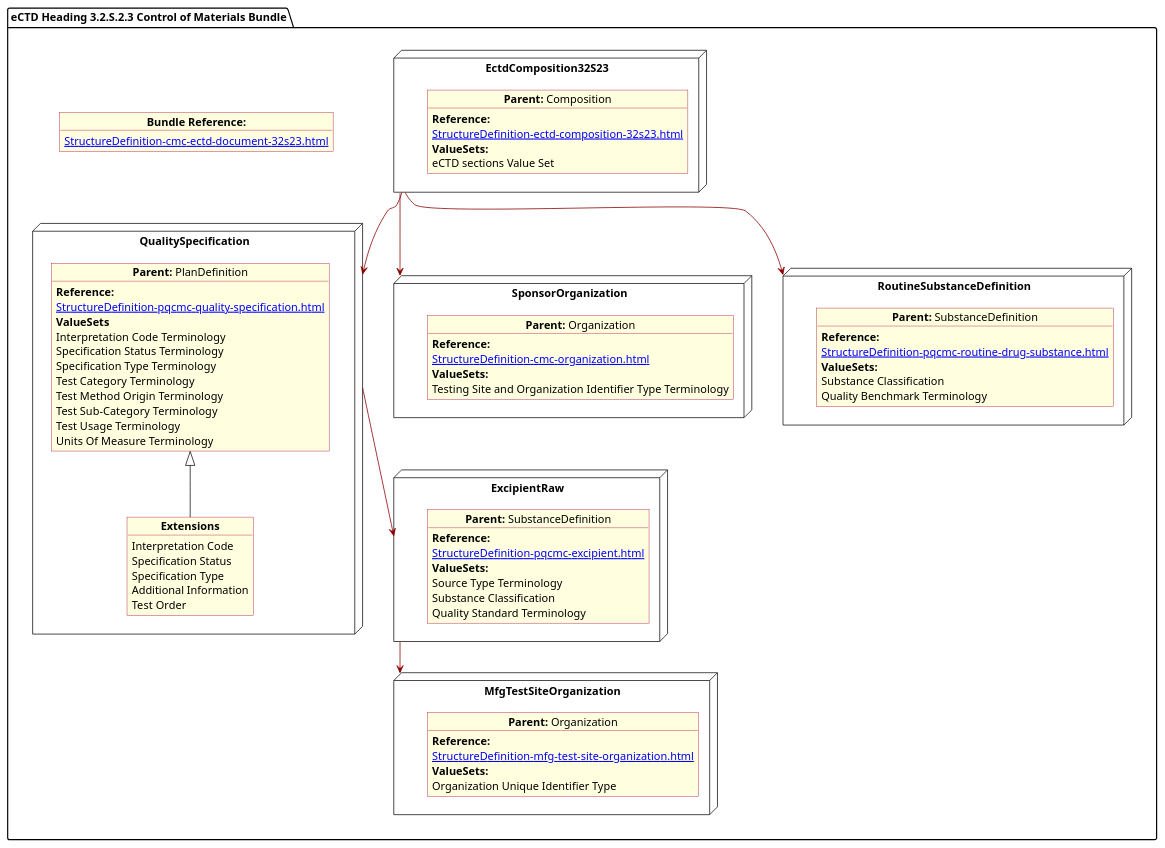
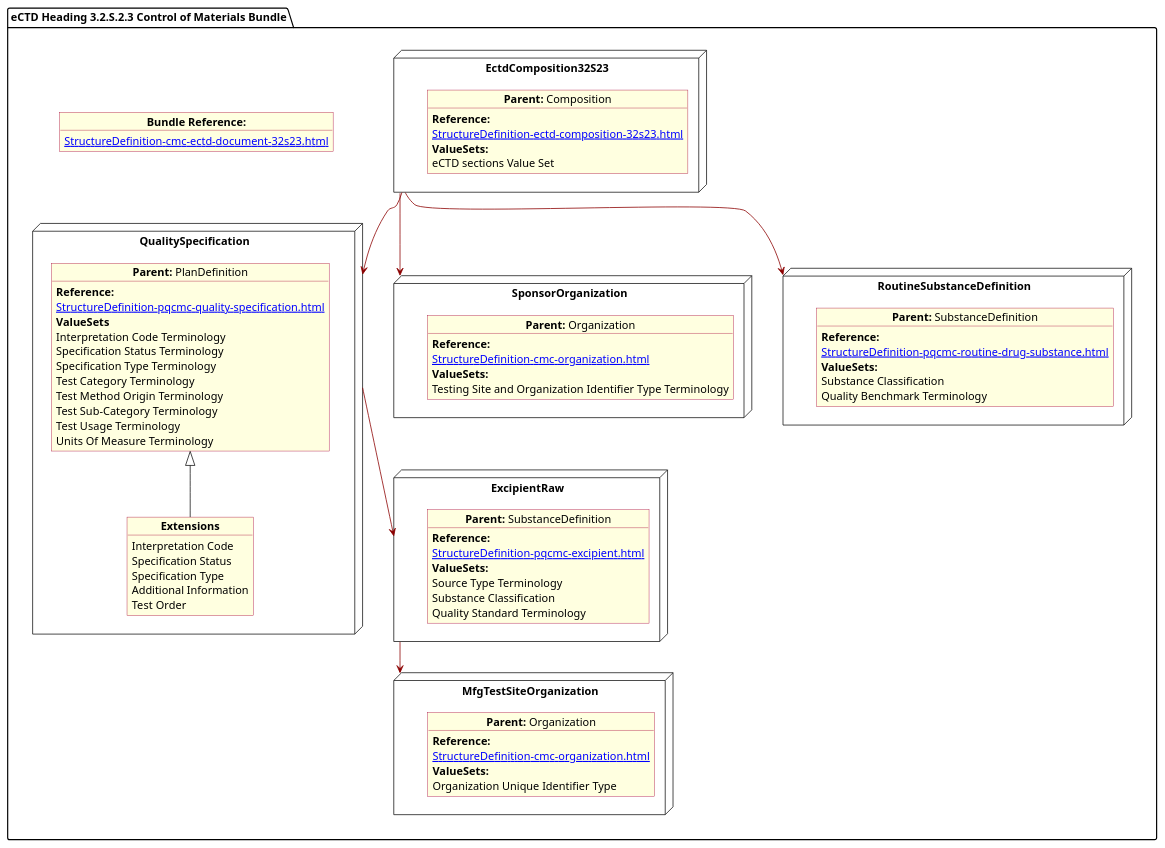
One commit to HL7/FHIR-us-pq-cmc-fda changed the diagram in input/images-source/SubstanceControlMat.plantuml. Above: the diagram before and after it, drawn with PlantUML. The commit also changed 17 other files, not shown here.

```diff
--- a/input/images-source/SubstanceControlMat.plantuml
+++ b/input/images-source/SubstanceControlMat.plantuml
@@ -1,97 +1,97 @@
 @startuml SubstanceControlMat
 allowmixing
 'Mixed model of use case and object
 skinparam svgDimensionStyle false
 skinparam ObjectBackgroundColor LightYellow
 skinparam ObjectBorderColor #A80036
 skinparam activityDiamondBorderColor #A80036
 skinparam activityDiamondBackgroundColor lawnGreen
 skinparam ClassBorderThickness 4
 
 package "eCTD Heading 3.2.S.2.3 Control of Materials Bundle" as NODES {
     object "**Bundle Reference:**" as objbun {
         [[StructureDefinition-cmc-ectd-document-32s23.html]]
     }
 
     node "QualitySpecification" as N2 {
 
         object "**Parent:** PlanDefinition" as obj2 {
             **Reference:**
             [[StructureDefinition-pqcmc-quality-specification.html]]
             **ValueSets**
             Interpretation Code Terminology
             Specification Status Terminology
             Specification Type Terminology
             Test Category Terminology
             Test Method Origin Terminology
             Test Sub-Category Terminology
             Test Usage Terminology
             Units Of Measure Terminology
         }
         object "**Extensions**" as objQSEx {
             Interpretation Code
             Specification Status
             Specification Type
             Additional Information
             Test Order
         }
         obj2 <|-- objQSEx
     }
     node "EctdComposition32S23" as N1 {
 
         object "**Parent:** Composition" as obj1 {
             **Reference:**
             [[StructureDefinition-ectd-composition-32s23.html]]
             **ValueSets:**
             eCTD sections Value Set
         }
     }
 
     node "SponsorOrganization" as NSO {
 
         object "**Parent:** Organization" as objAu {
             **Reference:**
             [[StructureDefinition-cmc-organization.html]]
             **ValueSets:**
             Testing Site and Organization Identifier Type Terminology
         }
     }
 
     node "ExcipientRaw" as N21 {
 
         object "**Parent:** SubstanceDefinition" as obj22 {
             **Reference:**
             [[StructureDefinition-pqcmc-excipient.html]]
             **ValueSets:**
             Source Type Terminology
             Substance Classification
             Quality Standard Terminology
         }
     }
     node "MfgTestSiteOrganization" as N21mfg {
 
         object "**Parent:** Organization" as objTS  {
             **Reference:**
-            [[StructureDefinition-mfg-test-site-organization.html]]
+            [[StructureDefinition-cmc-organization.html]]
             **ValueSets:**
             Organization Unique Identifier Type
         }
     }
 
   node "RoutineSubstanceDefinition" as NN { 
       object "**Parent:** SubstanceDefinition" as obj3 {
                    **Reference:**
       [[StructureDefinition-pqcmc-routine-drug-substance.html]]
                 **ValueSets:**
                 Substance Classification
                 Quality Benchmark Terminology
       }  
 }
 
     N1 -[#darkred]-> N2
     N2 -[#darkred]-> N21
     N1 -[#darkred]-> NSO
     N1 -[#darkred]-> NN
     N21 -[#darkred]-> N21mfg
 }
 @enduml
```
